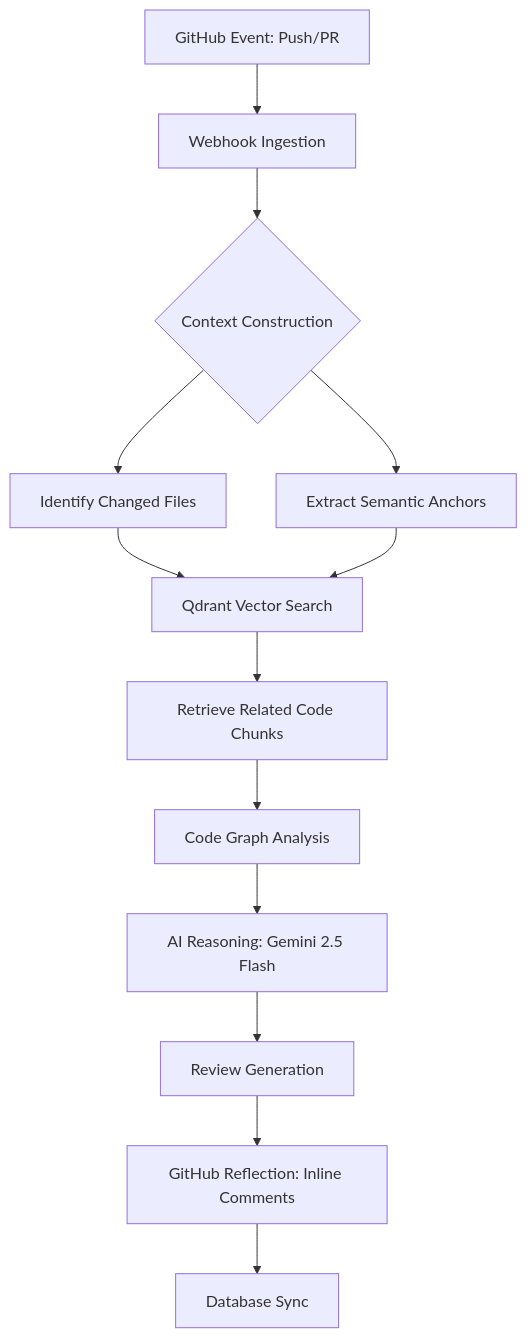
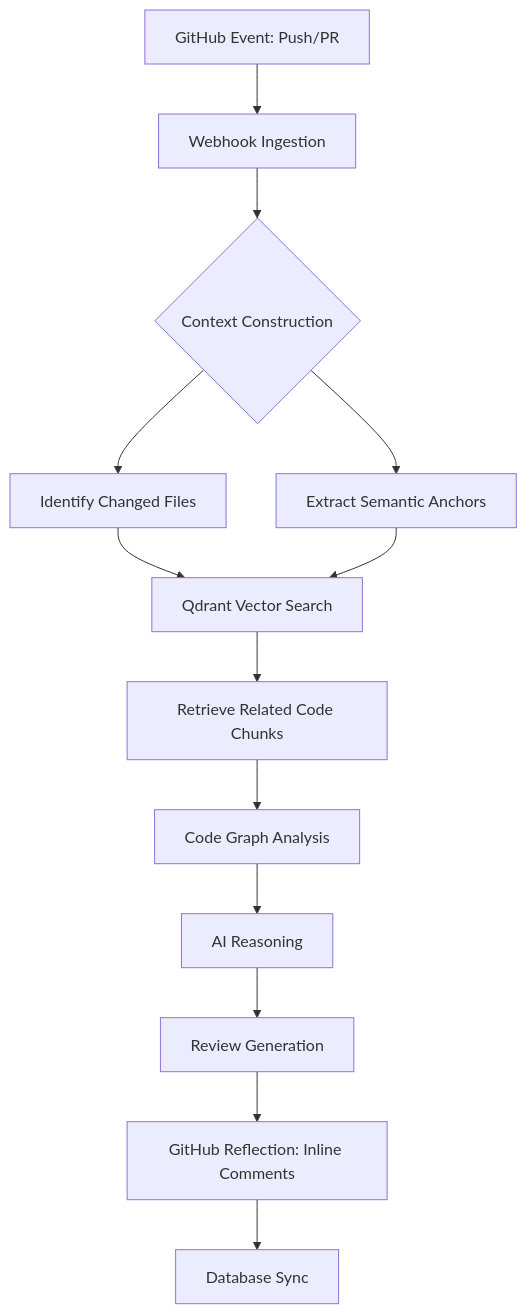
One commit to mayurbijarniya/Revio changed the diagram in README.md. Above: the diagram before and after it, drawn with Mermaid. The commit also changed other lines of this file and 2 other files, not shown here.

Commit message:
chore: Update README with project logo, generalize AI model descriptions and roadmap, and remove old mockup images.

````diff
--- a/README.md
+++ b/README.md
@@ -23,14 +27,14 @@
 ```mermaid
 graph TD
     A[GitHub Event: Push/PR] --> B[Webhook Ingestion]
     B --> C{Context Construction}
     C --> D[Identify Changed Files]
     C --> E[Extract Semantic Anchors]
     D & E --> F[Qdrant Vector Search]
     F --> G[Retrieve Related Code Chunks]
     G --> H[Code Graph Analysis]
-    H --> I[AI Reasoning: Gemini 2.5 Flash]
+    H --> I[AI Reasoning]
     I --> J[Review Generation]
     J --> K[GitHub Reflection: Inline Comments]
     K --> L[Database Sync]
 ```
````
